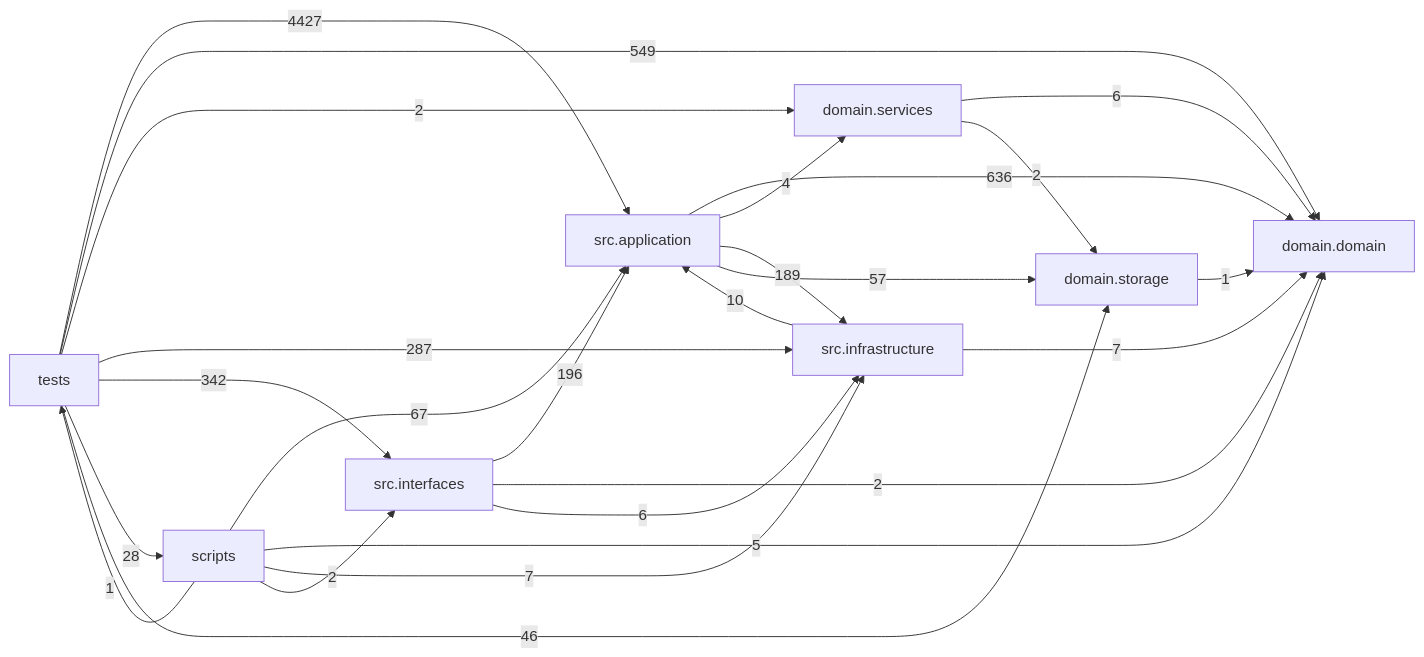
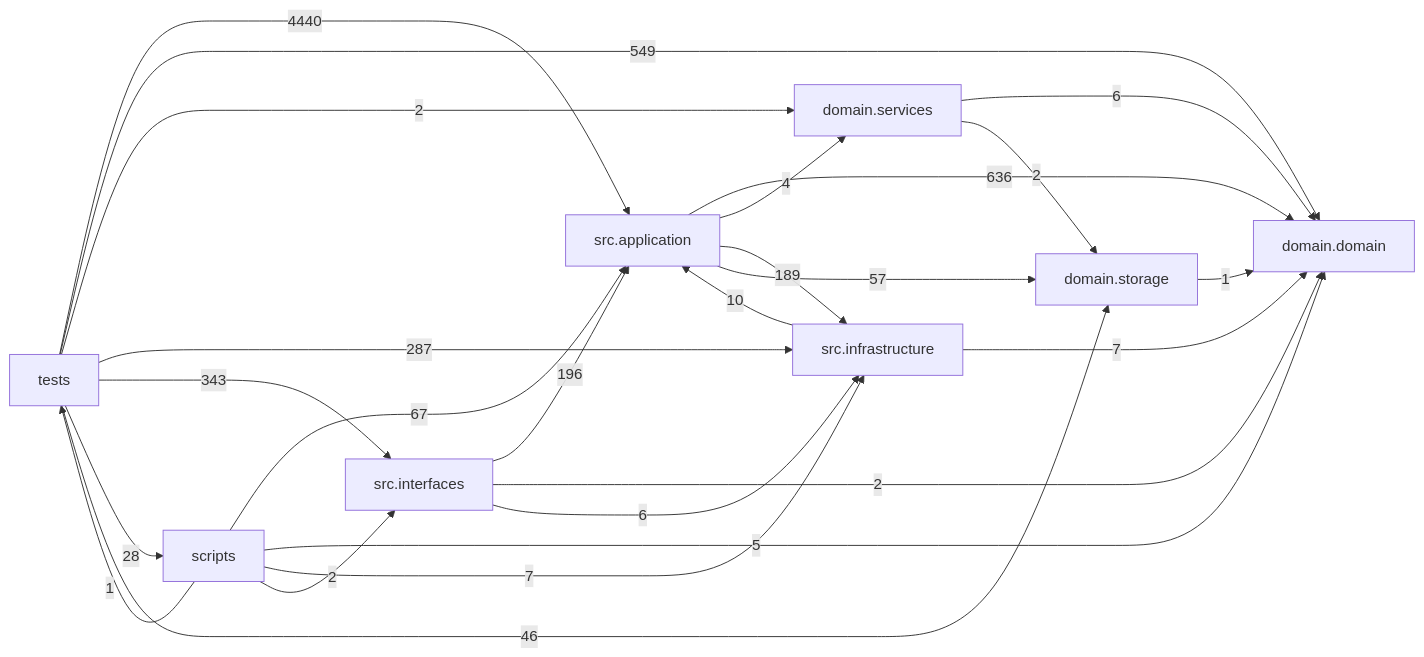
One commit to liuxie066/options-monitor changed the diagram in docs/DEPENDENCY_GRAPH.md. Above: the diagram before and after it, drawn with Mermaid. The commit also changed other lines of this file and 2 other files, not shown here.

````diff
--- a/docs/DEPENDENCY_GRAPH.md
+++ b/docs/DEPENDENCY_GRAPH.md
@@ -24,35 +24,35 @@
 ```mermaid
 flowchart LR
   tests["tests"]
   scripts["scripts"]
   interfaces["src.interfaces"]
   application["src.application"]
   infrastructure["src.infrastructure"]
   domain_services["domain.services"]
   domain["domain.domain"]
   storage["domain.storage"]
   application -->|636| domain
   application -->|4| domain_services
   application -->|189| infrastructure
   application -->|57| storage
   domain_services -->|6| domain
   domain_services -->|2| storage
   infrastructure -->|10| application
   infrastructure -->|7| domain
   interfaces -->|196| application
   interfaces -->|2| domain
   interfaces -->|6| infrastructure
   scripts -->|67| application
   scripts -->|5| domain
   scripts -->|7| infrastructure
   scripts -->|2| interfaces
   scripts -->|1| tests
   storage -->|1| domain
-  tests -->|4427| application
+  tests -->|4440| application
   tests -->|549| domain
   tests -->|2| domain_services
   tests -->|287| infrastructure
-  tests -->|342| interfaces
+  tests -->|343| interfaces
   tests -->|28| scripts
   tests -->|46| storage
 ```
````
